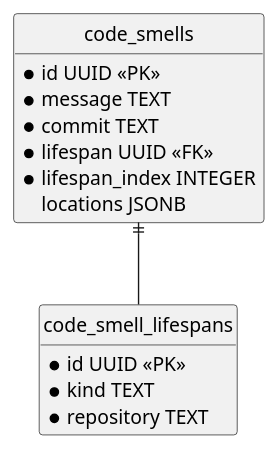
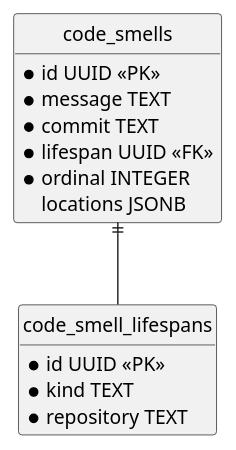
One commit to felixfbecker/olfaction changed the diagram in schema/database.plantuml. Above: the diagram before and after it, drawn with PlantUML. The commit also changed 11 other files, not shown here.

Commit message:
Rename lifespanIndex -> ordinal

```diff
--- a/schema/database.plantuml
+++ b/schema/database.plantuml
@@ -1,37 +1,37 @@
 @startuml Database
 hide circle
 hide empty members
 
 entity code_smell_lifespans {
   *id UUID <<PK>>
   *kind TEXT
   *repository TEXT
 }
 
 entity code_smells {
   *id UUID <<PK>>
   *message TEXT
   *commit TEXT
   *lifespan UUID <<FK>>
-  *lifespan_index INTEGER
+  *ordinal INTEGER
   locations JSONB
 }
 
 code_smells ||-- code_smell_lifespans
 
 ' entity file_links {
 '   *from_path TEXT
 '   *from_commit TEXT
 '   *from_start_line INTEGER
 '   *from_end_line INTEGER
 '   *from_start_character INTEGER
 '   *from_end_character INTEGER
 '   *to_path TEXT
 '   *to_commit TEXT
 '   *to_start_line INTEGER
 '   *to_end_line INTEGER
 '   *to_start_character INTEGER
 '   *to_end_character INTEGER
 ' }
 
 @enduml
```
